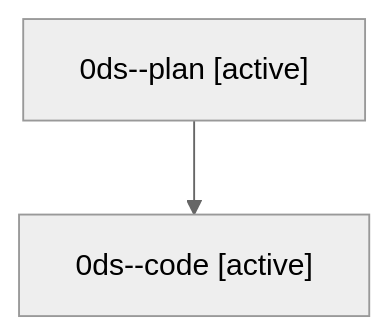
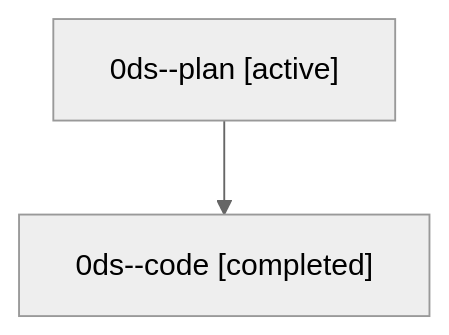
One commit to sase-org/sase--agents changed the diagram in sessions/bbugyi200.athena.0ds.md. Above: the diagram before and after it, drawn with Mermaid (neutral theme). The commit also changed other lines of this file and 6 other files, not shown here.

````diff
--- a/sessions/bbugyi200.athena.0ds.md
+++ b/sessions/bbugyi200.athena.0ds.md
@@ -9,6 +9,6 @@
 ```mermaid
 flowchart TD
   n0["0ds--plan [active]"]
-  n1["0ds--code [active]"]
+  n1["0ds--code [completed]"]
   n0 --> n1
 ```
````
